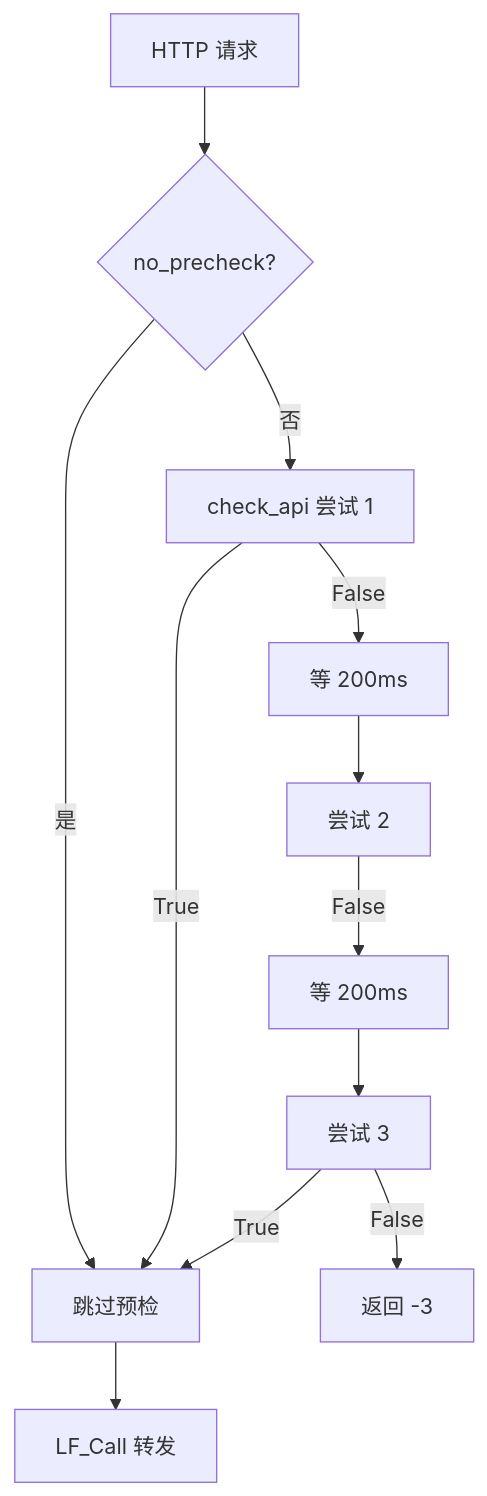
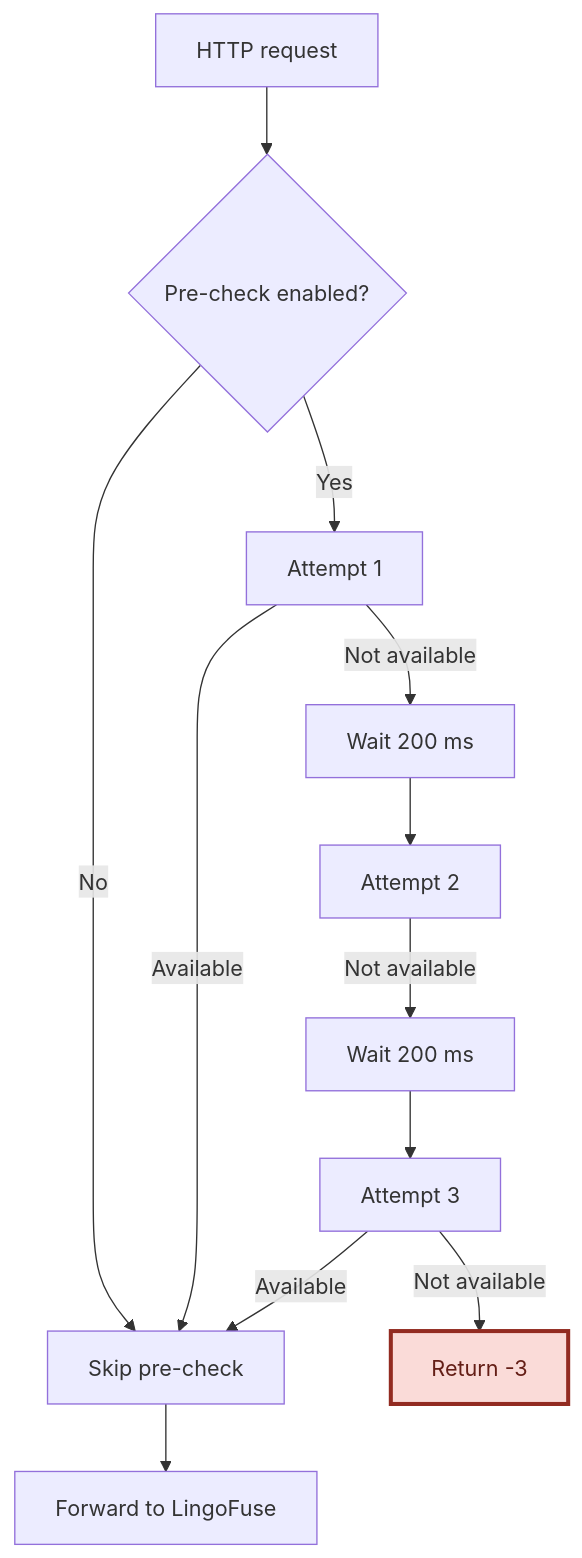
One commit to PassByYou888/LingoFuse changed the ninth of 20 diagrams in Py/lingofuse/Bridge_User_Guide.md. Above: the diagram before and after it, drawn with Mermaid. The commit also changed other lines of this file, not shown here.

````diff
--- a/Py/lingofuse/Bridge_User_Guide.md
+++ b/Py/lingofuse/Bridge_User_Guide.md
@@ -314,14 +357,16 @@
 ```mermaid
 flowchart TD
-    A["HTTP 请求"] --> B{"no_precheck?"}
-    B -- "是" --> Z["跳过预检"]
-    B -- "否" --> C["check_api 尝试 1"]
-    C -->|"True"| Z
-    C -->|"False"| D["等 200ms"]
-    D --> E["尝试 2"]
-    E -->|"False"| F["等 200ms"]
-    F --> G["尝试 3"]
-    G -->|"False"| X["返回 -3"]
-    G -->|"True"| Z
-    Z --> H["LF_Call 转发"]
+    A["HTTP request"] --> B{"Pre-check enabled?"}
+    B -- "No" --> Z["Skip pre-check"]
+    B -- "Yes" --> C["Attempt 1"]
+    C -->|"Available"| Z
+    C -->|"Not available"| D["Wait 200 ms"]
+    D --> E["Attempt 2"]
+    E -->|"Not available"| F["Wait 200 ms"]
+    F --> G["Attempt 3"]
+    G -->|"Not available"| X["Return -3"]
+    G -->|"Available"| Z
+    Z --> H["Forward to LingoFuse"]
+
+    style X fill:#FADBD8,stroke:#922B21,stroke-width:3px,color:#641E16
 ```
````
